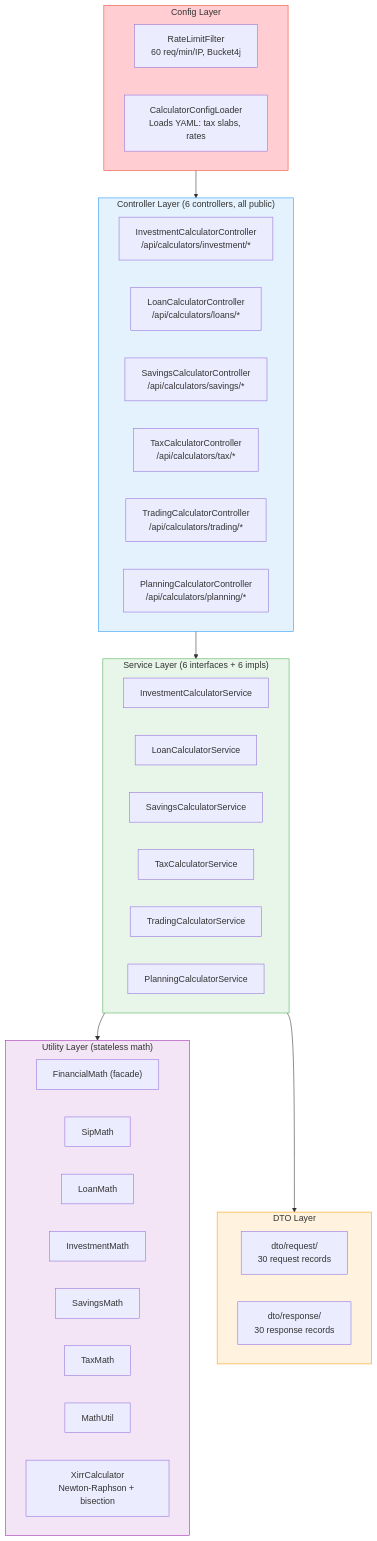
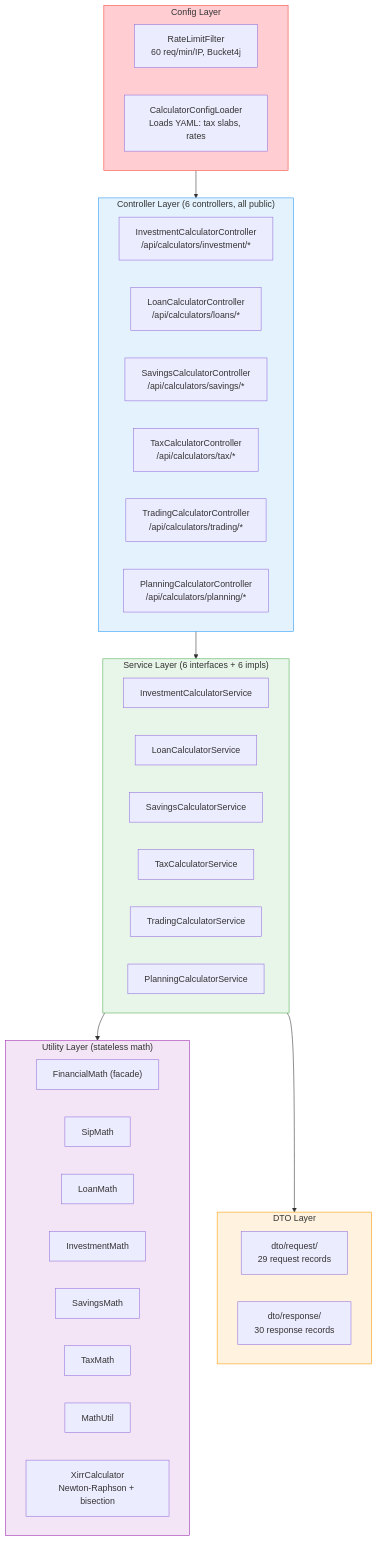
The second of 2 diagrams in backend/src/main/java/com/urva/myfinance/coinTrack/calculator/README.md (urvagandhi/coinTrack), drawn with Mermaid before and after one commit. The commit also changed other lines of this file and 35 other files, not shown here.

````diff
--- a/backend/src/main/java/com/urva/myfinance/coinTrack/calculator/README.md
+++ b/backend/src/main/java/com/urva/myfinance/coinTrack/calculator/README.md
@@ -82,48 +82,48 @@
 ```mermaid
 graph TD
     subgraph CFG["Config Layer"]
         RLF["RateLimitFilter<br/>60 req/min/IP, Bucket4j"]
         CCL["CalculatorConfigLoader<br/>Loads YAML: tax slabs, rates"]
     end
 
     subgraph CTRL["Controller Layer (6 controllers, all public)"]
         IC["InvestmentCalculatorController<br/>/api/calculators/investment/*"]
         LC["LoanCalculatorController<br/>/api/calculators/loans/*"]
         SC["SavingsCalculatorController<br/>/api/calculators/savings/*"]
         TC["TaxCalculatorController<br/>/api/calculators/tax/*"]
         TRC["TradingCalculatorController<br/>/api/calculators/trading/*"]
         PC["PlanningCalculatorController<br/>/api/calculators/planning/*"]
     end
 
     subgraph SVC["Service Layer (6 interfaces + 6 impls)"]
         IS["InvestmentCalculatorService"]
         LS["LoanCalculatorService"]
         SS["SavingsCalculatorService"]
         TS["TaxCalculatorService"]
         TRS["TradingCalculatorService"]
         PS["PlanningCalculatorService"]
     end
 
     subgraph UTIL["Utility Layer (stateless math)"]
         FM["FinancialMath (facade)"]
         SM["SipMath"] & LM["LoanMath"] & IM["InvestmentMath"]
         SVM["SavingsMath"] & TM["TaxMath"] & MU["MathUtil"]
         XC["XirrCalculator<br/>Newton-Raphson + bisection"]
     end
 
     subgraph DTO["DTO Layer"]
-        REQ["dto/request/<br/>30 request records"]
+        REQ["dto/request/<br/>29 request records"]
         RES["dto/response/<br/>30 response records"]
     end
 
     CFG --> CTRL
     CTRL --> SVC
     SVC --> UTIL
     SVC --> DTO
 
     style CFG fill:#ffcdd2,stroke:#F44336
     style CTRL fill:#e3f2fd,stroke:#2196F3
     style SVC fill:#e8f5e9,stroke:#4CAF50
     style UTIL fill:#f3e5f5,stroke:#9C27B0
     style DTO fill:#fff3e0,stroke:#FF9800
 ```
````
